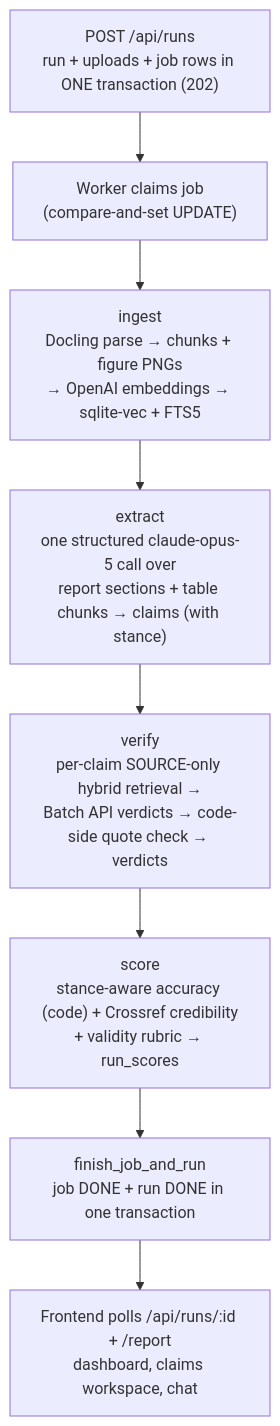
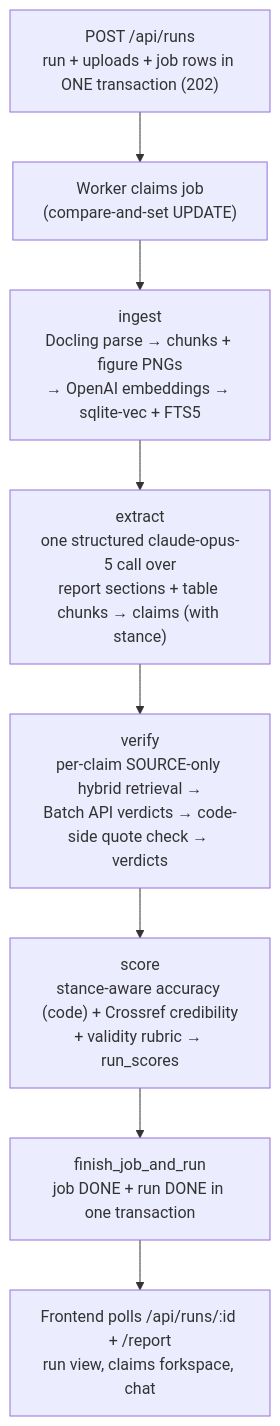
Before and after one commit to vfeliu04/author-accuracy-ai: the diagram in docs/architecture.md, drawn with Mermaid. The commit also changed 8 other files, not shown here.

````diff
--- a/docs/architecture.md
+++ b/docs/architecture.md
@@ -16,10 +16,10 @@
 ```mermaid
 flowchart TD
     A["POST /api/runs<br/>run + uploads + job rows in ONE transaction (202)"] --> B["Worker claims job<br/>(compare-and-set UPDATE)"]
     B --> C["ingest<br/>Docling parse → chunks + figure PNGs<br/>→ OpenAI embeddings → sqlite-vec + FTS5"]
     C --> D["extract<br/>one structured claude-opus-5 call over<br/>report sections + table chunks → claims (with stance)"]
     D --> E["verify<br/>per-claim SOURCE-only hybrid retrieval →<br/>Batch API verdicts → code-side quote check → verdicts"]
     E --> F["score<br/>stance-aware accuracy (code) + Crossref credibility<br/>+ validity rubric → run_scores"]
     F --> G["finish_job_and_run<br/>job DONE + run DONE in one transaction"]
-    G --> H["Frontend polls /api/runs/:id + /report<br/>dashboard, claims workspace, chat"]
+    G --> H["Frontend polls /api/runs/:id + /report<br/>run view, claims forkspace, chat"]
 ```
````
